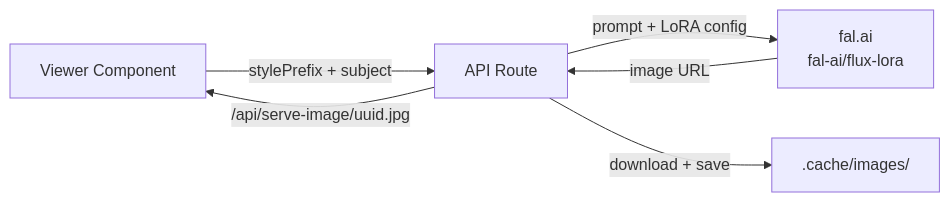
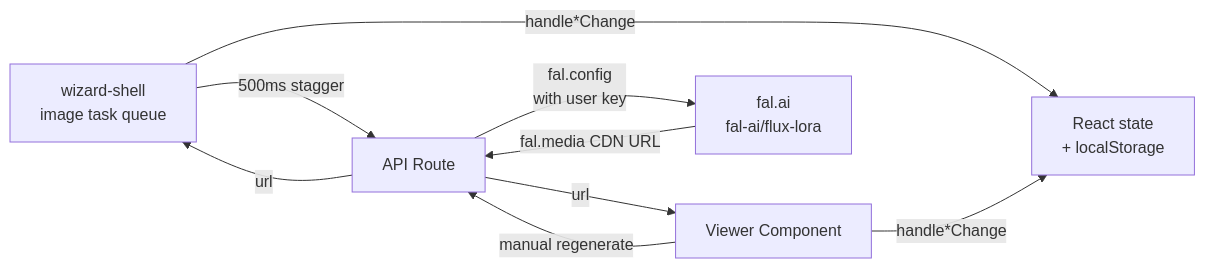
The diagram in wiki/Components/ImageGeneration.md (madebysan/greenlight), drawn with Mermaid before and after one commit. The commit also changed other lines of this file and 7 other files, not shown here.

First line of the commit message:
wiki: session 9 refresh — keys architecture + SEO + parallel gen + PDF-disabled

````diff
--- a/wiki/Components/ImageGeneration.md
+++ b/wiki/Components/ImageGeneration.md
@@ -9,8 +9,11 @@
 ```mermaid
 graph LR
-    VP[Viewer Component] -->|stylePrefix + subject| Route[API Route]
-    Route -->|prompt + LoRA config| FAL[fal.ai<br/>fal-ai/flux-lora]
-    FAL -->|image URL| Route
-    Route -->|download + save| Cache[.cache/images/]
-    Route -->|/api/serve-image/uuid.jpg| VP
+    Queue[wizard-shell<br/>image task queue] -->|500ms stagger| Route[API Route]
+    VP[Viewer Component] -->|manual regenerate| Route
+    Route -->|fal.config<br/>with user key| FAL[fal.ai<br/>fal-ai/flux-lora]
+    FAL -->|fal.media CDN URL| Route
+    Route -->|url| Queue
+    Route -->|url| VP
+    Queue -->|handle*Change| State[React state<br/>+ localStorage]
+    VP -->|handle*Change| State
 ```
````
